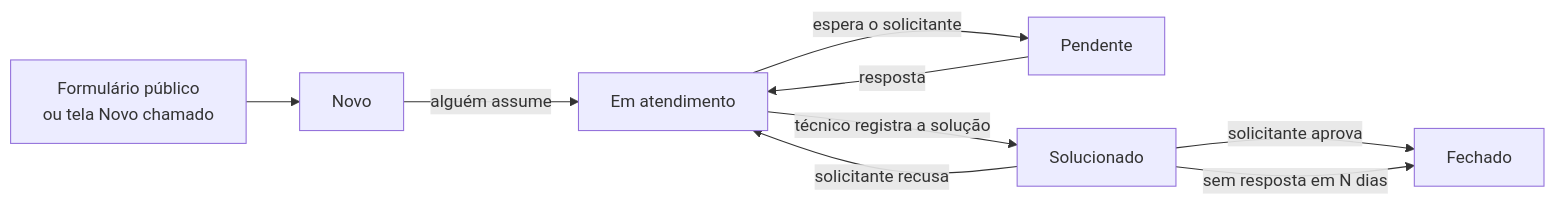
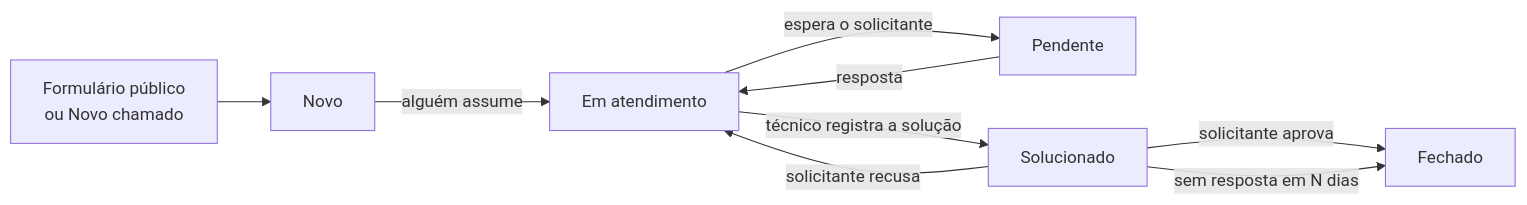
The second of 3 diagrams in README.md (higornovocardoso/Central-de-Chamados), drawn with Mermaid before and after one commit. The commit also changed other lines of this file and 9 other files, not shown here.

````diff
--- a/README.md
+++ b/README.md
@@ -110,11 +132,11 @@
 ```mermaid
 flowchart LR
-    A[Formulário público<br/>ou tela Novo chamado] --> B[Novo]
+    A[Formulário público<br/>ou Novo chamado] --> B[Novo]
     B -->|alguém assume| C[Em atendimento]
     C -->|espera o solicitante| D[Pendente]
     D -->|resposta| C
     C -->|técnico registra a solução| E[Solucionado]
     E -->|solicitante aprova| F[Fechado]
     E -->|solicitante recusa| C
     E -->|sem resposta em N dias| F
 ```
````
